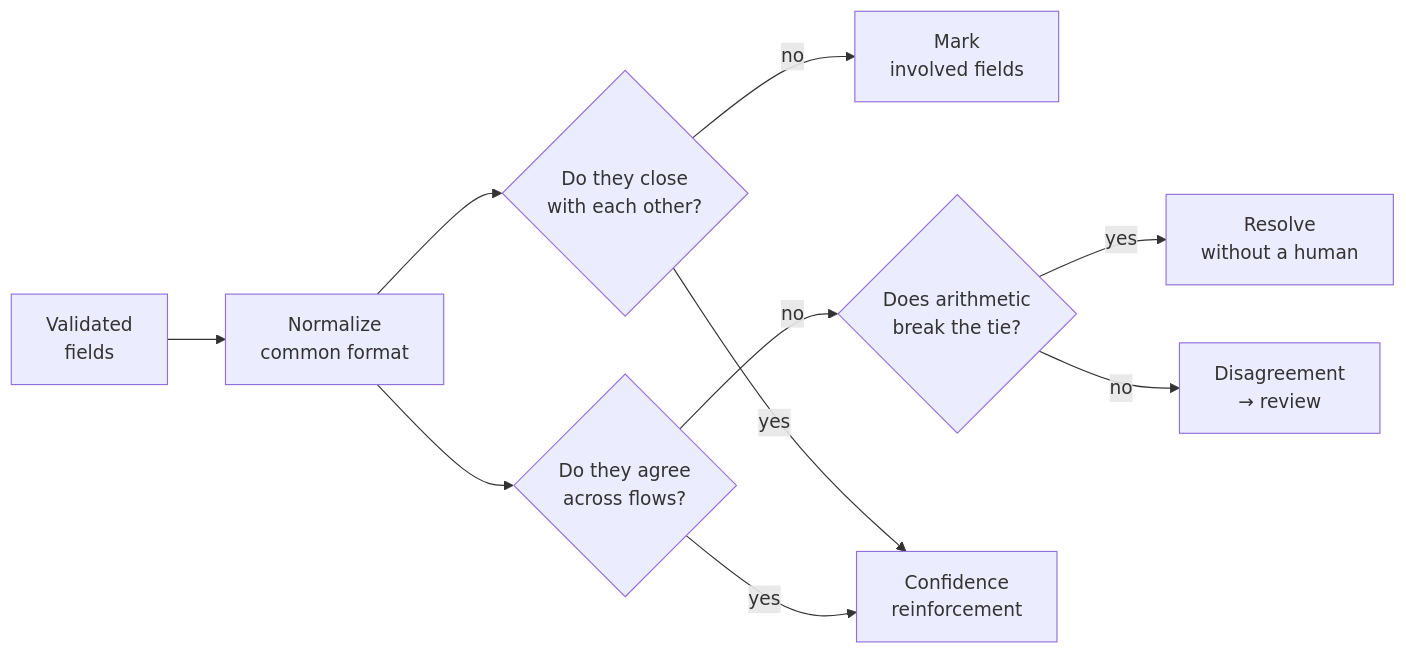
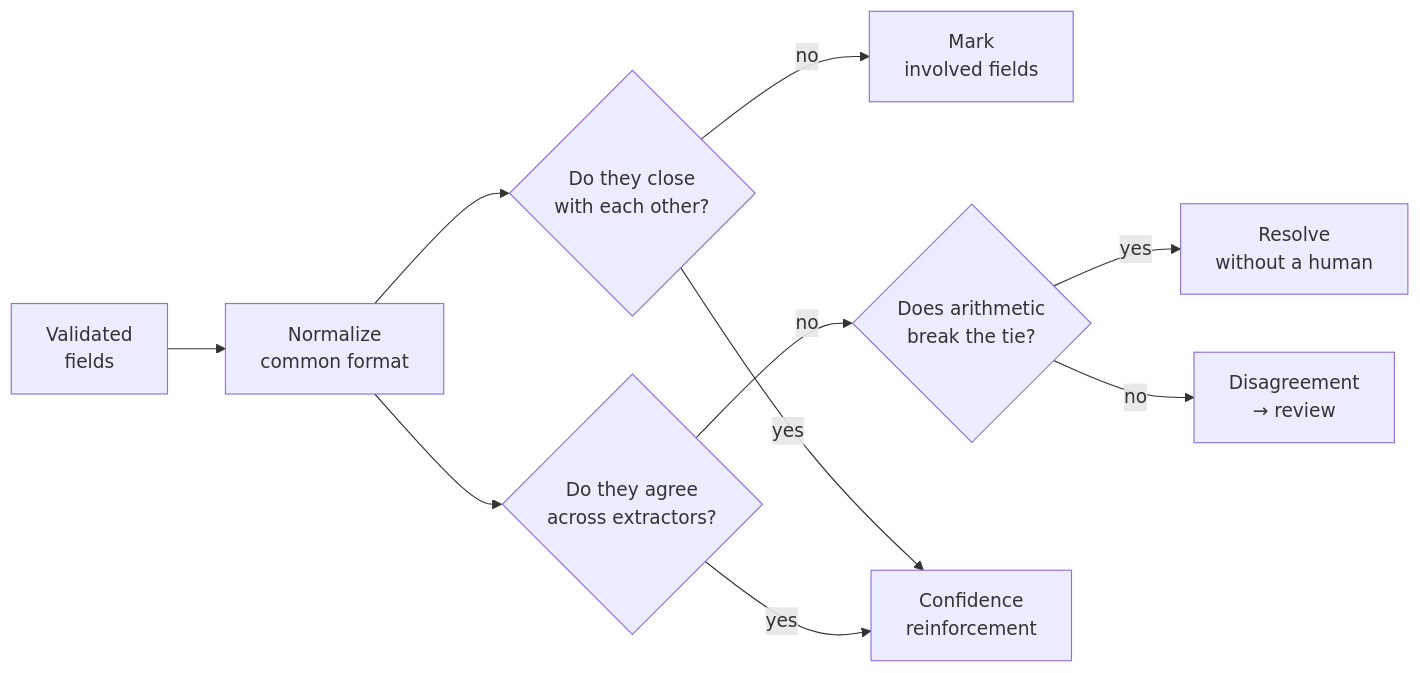
One commit to mariogarcia-ar/docflow changed the seventh of 10 diagrams in components.md. Above: the diagram before and after it, drawn with Mermaid. The commit also changed other lines of this file and 1 other file, not shown here.

Commit message:
Refine documentation on extractor modes and terminology, clarifying the distinction between extractors and flows, and updating references for consistency across components.

````diff
--- a/components.md
+++ b/components.md
@@ -241,12 +254,12 @@
 ```mermaid
 graph LR
     A["Validated<br/>fields"] --> N["Normalize<br/>common format"]
     N --> B{"Do they close<br/>with each other?"}
-    N --> C{"Do they agree<br/>across flows?"}
+    N --> C{"Do they agree<br/>across extractors?"}
     B -->|"no"| D["Mark<br/>involved fields"]
     C -->|"no"| G{"Does arithmetic<br/>break the tie?"}
     G -->|"yes"| H["Resolve<br/>without a human"]
     G -->|"no"| E["Disagreement<br/>→ review"]
     B -->|"yes"| F["Confidence<br/>reinforcement"]
     C -->|"yes"| F
 ```
````
